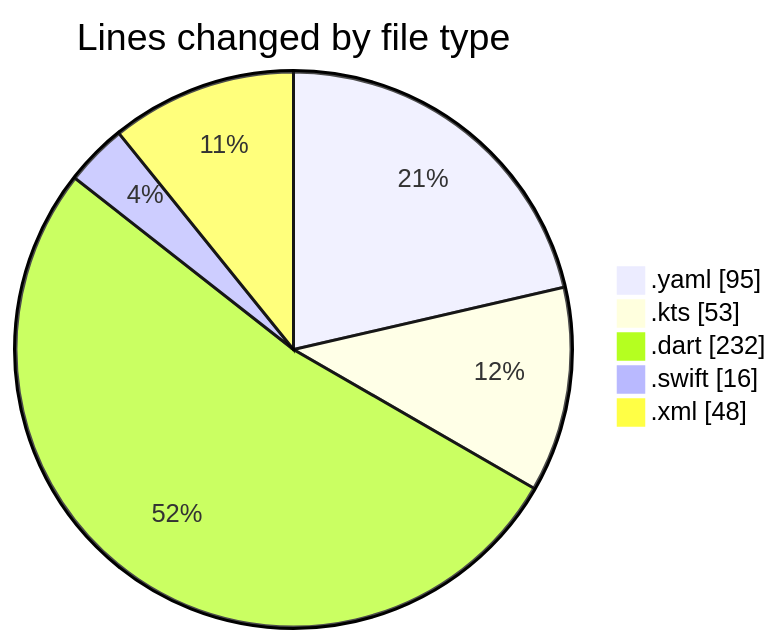
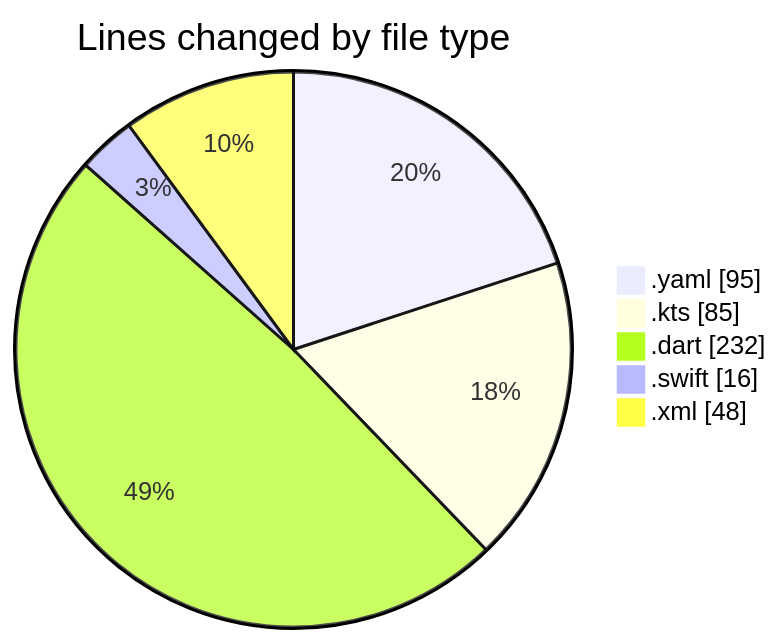
Before and after one commit to donsfak/code-tracking: the first of 2 diagrams in 2025-02-16/uber_clone/README.md, drawn with Mermaid. The commit also changed other lines of this file and 1 other file, not shown here.

````diff
--- a/2025-02-16/uber_clone/README.md
+++ b/2025-02-16/uber_clone/README.md
@@ -24,9 +25,9 @@
 ```mermaid
 pie showData
 title Lines changed by file type
 ".yaml" : 95
-".kts" : 53
+".kts" : 85
 ".dart" : 232
 ".swift" : 16
 ".xml" : 48
 ```
````
